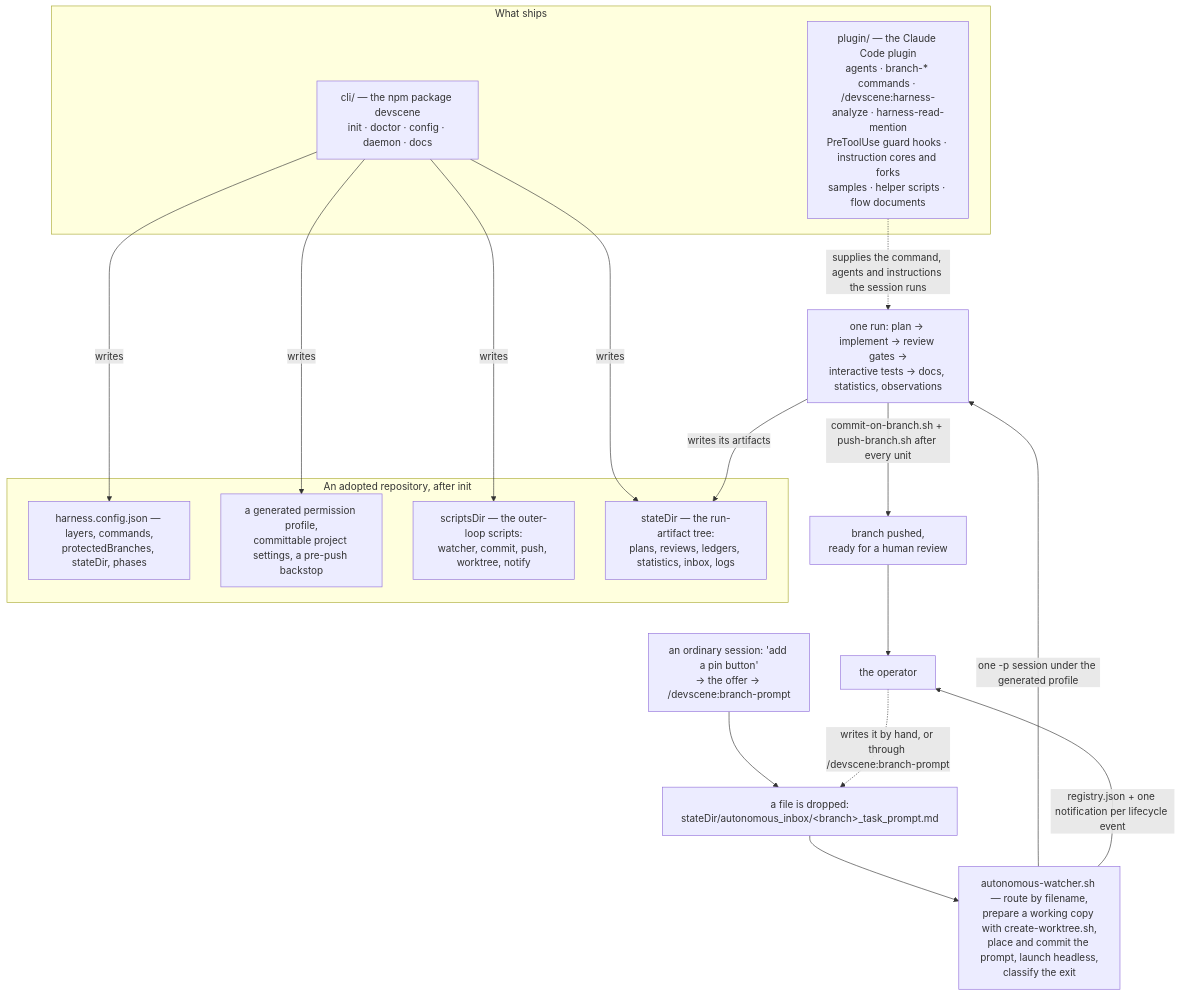
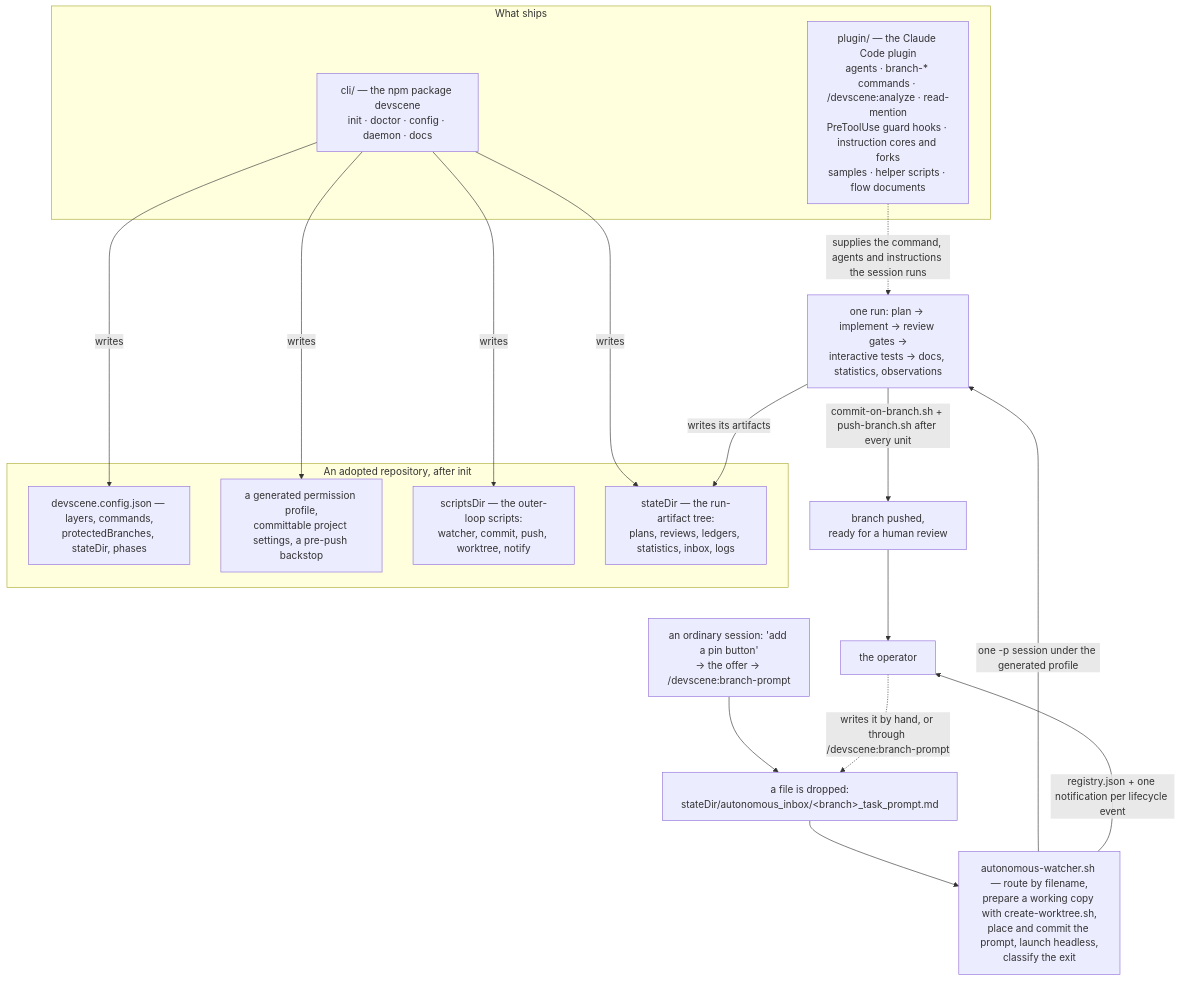
Before and after one commit to firu-daniel/autonomous-sdlc-harness: the diagram in README.md, drawn with Mermaid. The commit also changed other lines of this file and 5 other files, not shown here.

````diff
--- a/README.md
+++ b/README.md
@@ -52,28 +52,28 @@
 ```mermaid
 flowchart TB
   subgraph ship["What ships"]
-    P["plugin/ — the Claude Code plugin<br/>agents · branch-* commands · /devscene:harness-analyze · harness-read-mention<br/>PreToolUse guard hooks · instruction cores and forks<br/>samples · helper scripts · flow documents"]
+    P["plugin/ — the Claude Code plugin<br/>agents · branch-* commands · /devscene:analyze · read-mention<br/>PreToolUse guard hooks · instruction cores and forks<br/>samples · helper scripts · flow documents"]
     C["cli/ — the npm package devscene<br/>init · doctor · config · daemon · docs"]
   end
   subgraph repo["An adopted repository, after init"]
-    CFG["harness.config.json — layers, commands,<br/>protectedBranches, stateDir, phases"]
+    CFG["devscene.config.json — layers, commands,<br/>protectedBranches, stateDir, phases"]
     PROF["a generated permission profile,<br/>committable project settings, a pre-push backstop"]
     SCR["scriptsDir — the outer-loop scripts:<br/>watcher, commit, push, worktree, notify"]
     ST["stateDir — the run-artifact tree:<br/>plans, reviews, ledgers, statistics, inbox, logs"]
   end
   C -->|writes| CFG
   C -->|writes| PROF
   C -->|writes| SCR
   C -->|writes| ST
   D["a file is dropped:<br/>stateDir/autonomous_inbox/&lt;branch&gt;_task_prompt.md"] --> W
   ASK["an ordinary session: 'add a pin button'<br/>→ the offer → /devscene:branch-prompt"] --> D
   N -.->|"writes it by hand, or through /devscene:branch-prompt"| D
   W["autonomous-watcher.sh — route by filename,<br/>prepare a working copy with create-worktree.sh,<br/>place and commit the prompt, launch headless,<br/>classify the exit"]
   W -->|"one -p session under the generated profile"| E
   P -.->|"supplies the command, agents and instructions the session runs"| E
   E["one run: plan → implement → review gates →<br/>interactive tests → docs, statistics, observations"]
   E -->|"commit-on-branch.sh + push-branch.sh after every unit"| B["branch pushed,<br/>ready for a human review"]
   E -->|"writes its artifacts"| ST
   W -->|"registry.json + one notification per lifecycle event"| N["the operator"]
   B --> N
 ```
````
